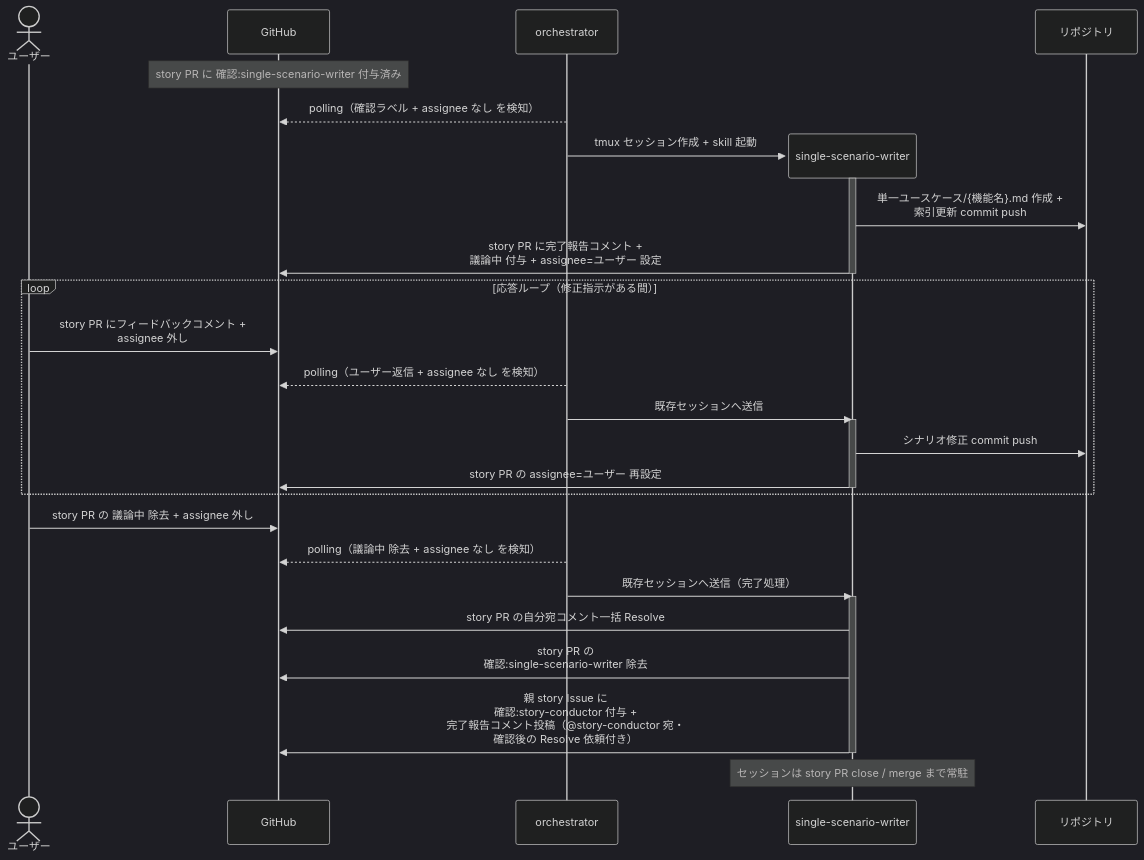
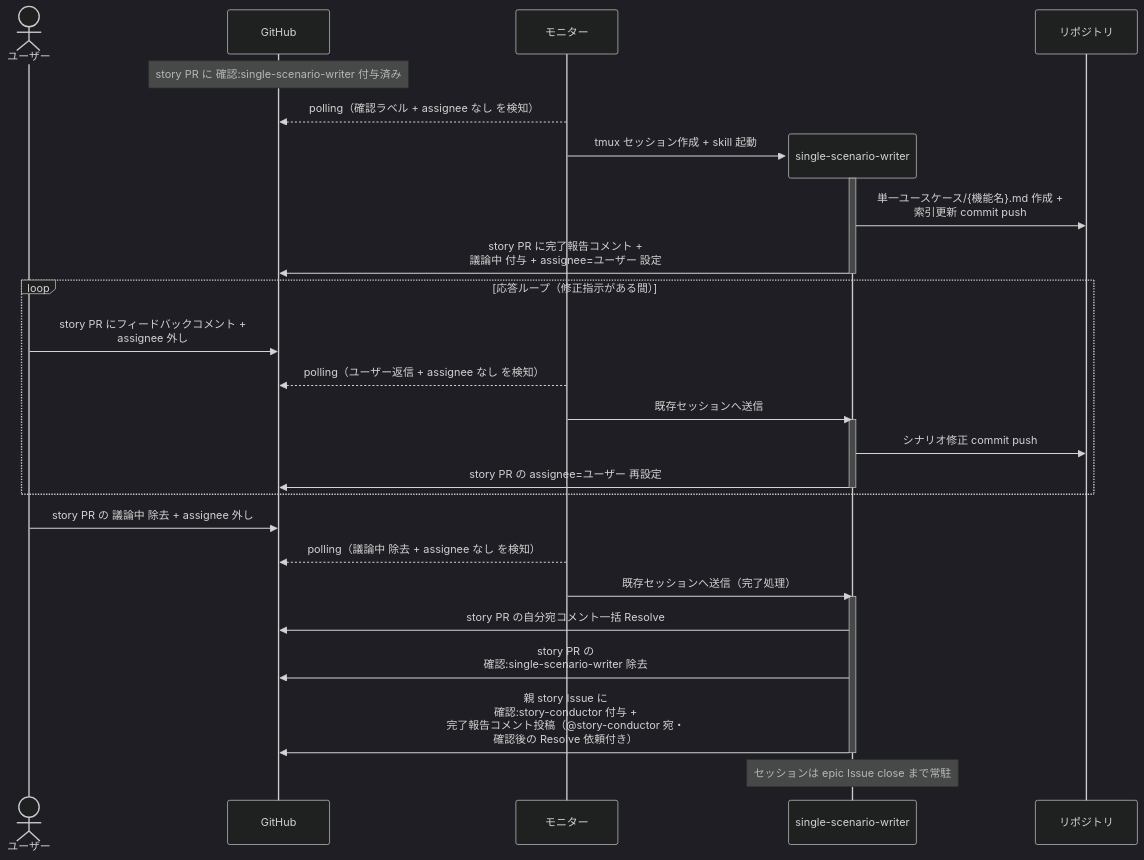
The diagram in docs/wiki/設計図/シナリオ/単一ユースケース/単一シナリオ設計.md (shuhei1101/ai-monitor), drawn with Mermaid (dark theme) before and after one commit. The commit also changed other lines of this file and 196 other files, not shown here.

````diff
--- a/docs/wiki/設計図/シナリオ/単一ユースケース/単一シナリオ設計.md
+++ b/docs/wiki/設計図/シナリオ/単一ユースケース/単一シナリオ設計.md
@@ -19,36 +20,36 @@
 ```mermaid
 sequenceDiagram
   actor U as ユーザー
   participant GH as GitHub
-  participant ORC as orchestrator
+  participant ORC as モニター
 
   Note over GH: story PR に 確認:single-scenario-writer 付与済み
   ORC-->>GH: polling（確認ラベル + assignee なし を検知）
   create participant MON as single-scenario-writer
   ORC->>MON: tmux セッション作成 + skill 起動
   participant REPO as リポジトリ
   activate MON
   MON->>REPO: 単一ユースケース/{機能名}.md 作成 +<br>索引更新 commit push
   MON->>GH: story PR に完了報告コメント +<br>議論中 付与 + assignee=ユーザー 設定
   deactivate MON
 
   loop 応答ループ（修正指示がある間）
     U->>GH: story PR にフィードバックコメント +<br>assignee 外し
     ORC-->>GH: polling（ユーザー返信 + assignee なし を検知）
     ORC->>MON: 既存セッションへ送信
     activate MON
     MON->>REPO: シナリオ修正 commit push
     MON->>GH: story PR の assignee=ユーザー 再設定
     deactivate MON
   end
 
   U->>GH: story PR の 議論中 除去 + assignee 外し
   ORC-->>GH: polling（議論中 除去 + assignee なし を検知）
   ORC->>MON: 既存セッションへ送信（完了処理）
   activate MON
   MON->>GH: story PR の自分宛コメント一括 Resolve
   MON->>GH: story PR の<br>確認:single-scenario-writer 除去
   MON->>GH: 親 story Issue に<br>確認:story-conductor 付与 +<br>完了報告コメント投稿（@story-conductor 宛・<br>確認後の Resolve 依頼付き）
   deactivate MON
-  Note over MON: セッションは story PR close / merge まで常駐
+  Note over MON: セッションは epic Issue close まで常駐
 ```
````
